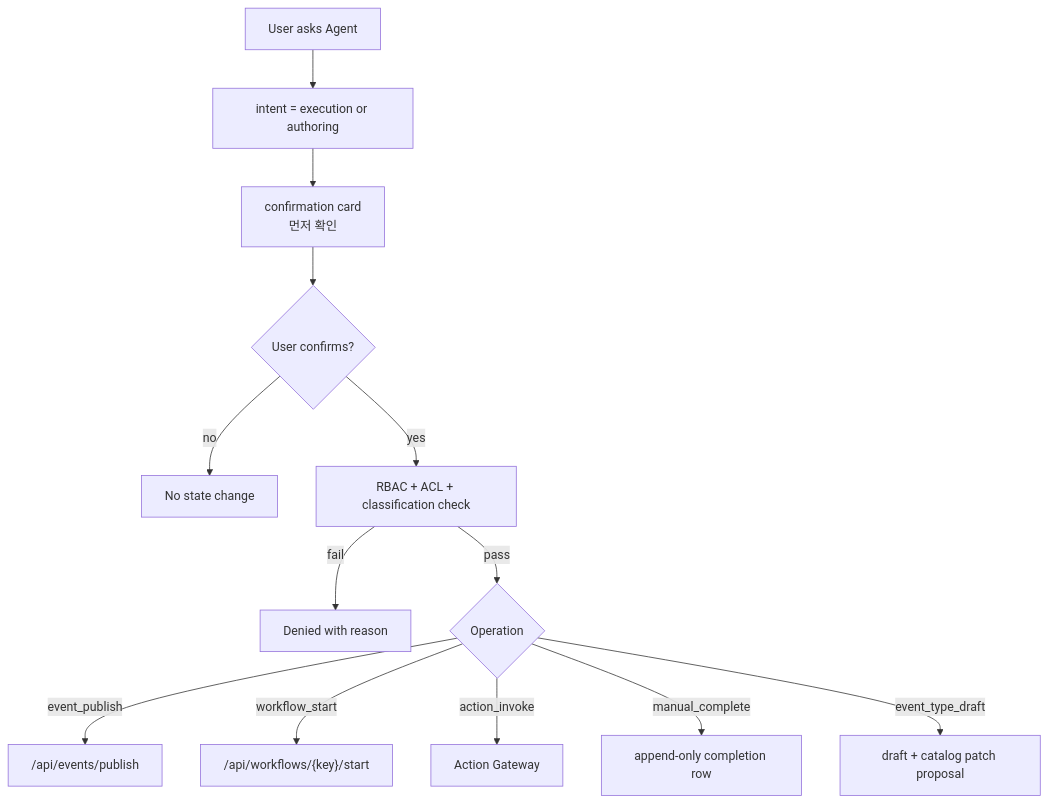
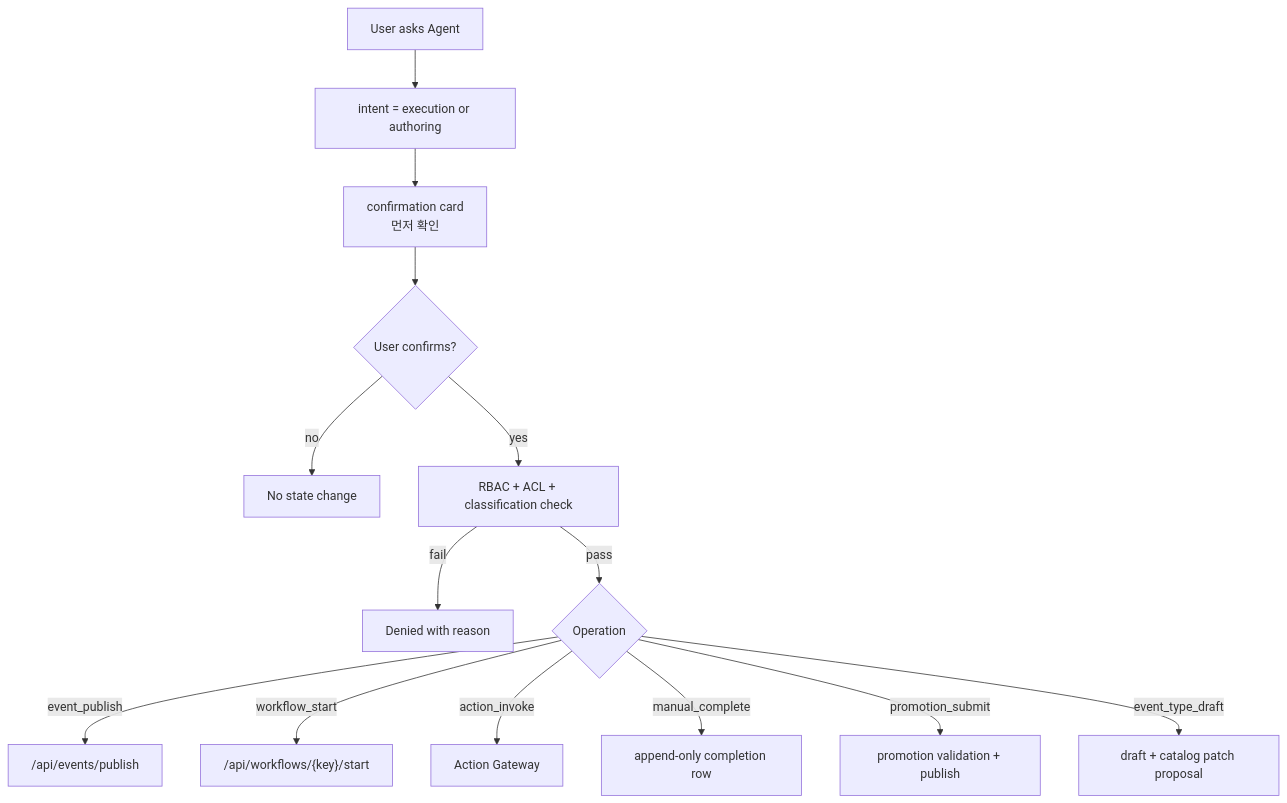
One commit to chokukil/boi-wiki changed the first of 2 diagrams in data/boi/public/boi-wiki-manual/agent/agent-execution-and-event-authoring.md. Above: the diagram before and after it, drawn with Mermaid. The commit also changed other lines of this file and 2 other files, not shown here.

````diff
--- a/data/boi/public/boi-wiki-manual/agent/agent-execution-and-event-authoring.md
+++ b/data/boi/public/boi-wiki-manual/agent/agent-execution-and-event-authoring.md
@@ -34,15 +34,16 @@
 ```mermaid
 flowchart TD
   ASK["User asks Agent"] --> INTENT["intent = execution or authoring"]
   INTENT --> CARD["confirmation card<br/>먼저 확인"]
   CARD --> USER{"User confirms?"}
   USER -->|no| STOP["No state change"]
   USER -->|yes| RBAC["RBAC + ACL + classification check"]
   RBAC -->|fail| DENY["Denied with reason"]
   RBAC -->|pass| EXEC{"Operation"}
   EXEC -->|event_publish| EVENT["/api/events/publish"]
   EXEC -->|workflow_start| WF["/api/workflows/{key}/start"]
   EXEC -->|action_invoke| ACT["Action Gateway"]
   EXEC -->|manual_complete| MAN["append-only completion row"]
+  EXEC -->|promotion_submit| PROMO["promotion validation + publish"]
   EXEC -->|event_type_draft| DRAFT["draft + catalog patch proposal"]
 ```
````
